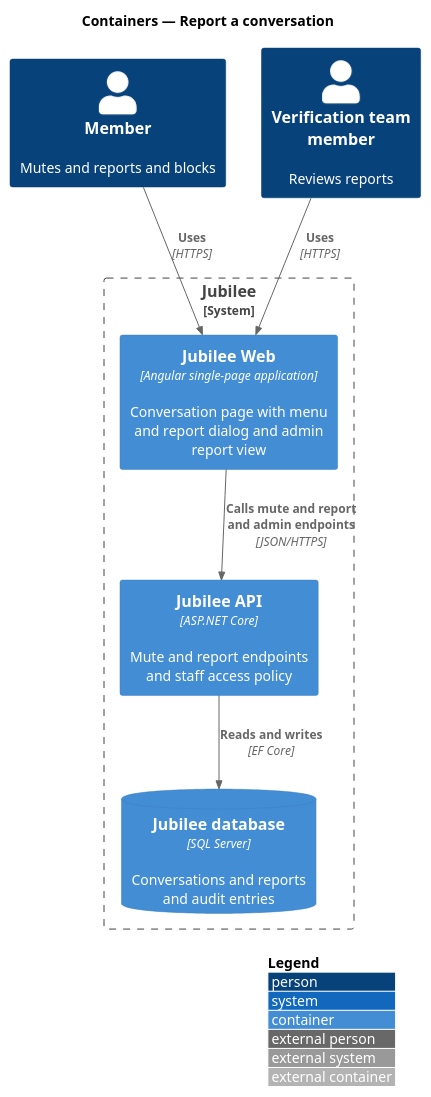
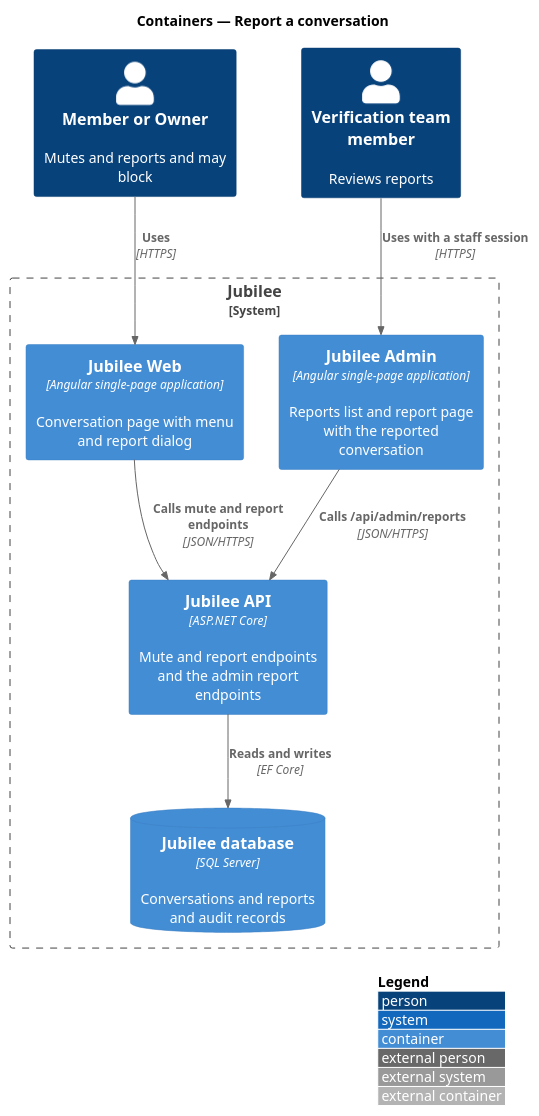
One commit to QuinntyneBrown/jubilee changed the diagram in docs/detailed-designs/messaging/report-conversation/diagrams/c4-container.puml. Above: the diagram before and after it, drawn with PlantUML. The commit also changed 62 other files, not shown here.

```diff
--- a/docs/detailed-designs/messaging/report-conversation/diagrams/c4-container.puml
+++ b/docs/detailed-designs/messaging/report-conversation/diagrams/c4-container.puml
@@ -1,18 +1,20 @@
 @startuml
 !include <C4/C4_Container>
 LAYOUT_WITH_LEGEND()
 title Containers — Report a conversation
 
-Person(member, "Member", "Mutes and reports and blocks")
+Person(member, "Member or Owner", "Mutes and reports and may block")
 Person(verifier, "Verification team member", "Reviews reports")
 System_Boundary(jubilee, "Jubilee") {
-  Container(web, "Jubilee Web", "Angular single-page application", "Conversation page with menu and report dialog and admin report view")
-  Container(api, "Jubilee API", "ASP.NET Core", "Mute and report endpoints and staff access policy")
-  ContainerDb(db, "Jubilee database", "SQL Server", "Conversations and reports and audit entries")
+  Container(web, "Jubilee Web", "Angular single-page application", "Conversation page with menu and report dialog")
+  Container(admin, "Jubilee Admin", "Angular single-page application", "Reports list and report page with the reported conversation")
+  Container(api, "Jubilee API", "ASP.NET Core", "Mute and report endpoints and the admin report endpoints")
+  ContainerDb(db, "Jubilee database", "SQL Server", "Conversations and reports and audit records")
 }
 
 Rel(member, web, "Uses", "HTTPS")
-Rel(verifier, web, "Uses", "HTTPS")
-Rel(web, api, "Calls mute and report and admin endpoints", "JSON/HTTPS")
+Rel(verifier, admin, "Uses with a staff session", "HTTPS")
+Rel(web, api, "Calls mute and report endpoints", "JSON/HTTPS")
+Rel(admin, api, "Calls /api/admin/reports", "JSON/HTTPS")
 Rel(api, db, "Reads and writes", "EF Core")
 @enduml
```
